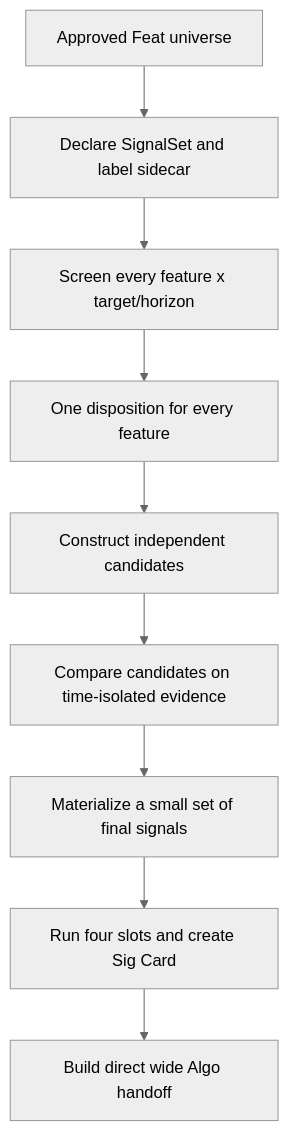
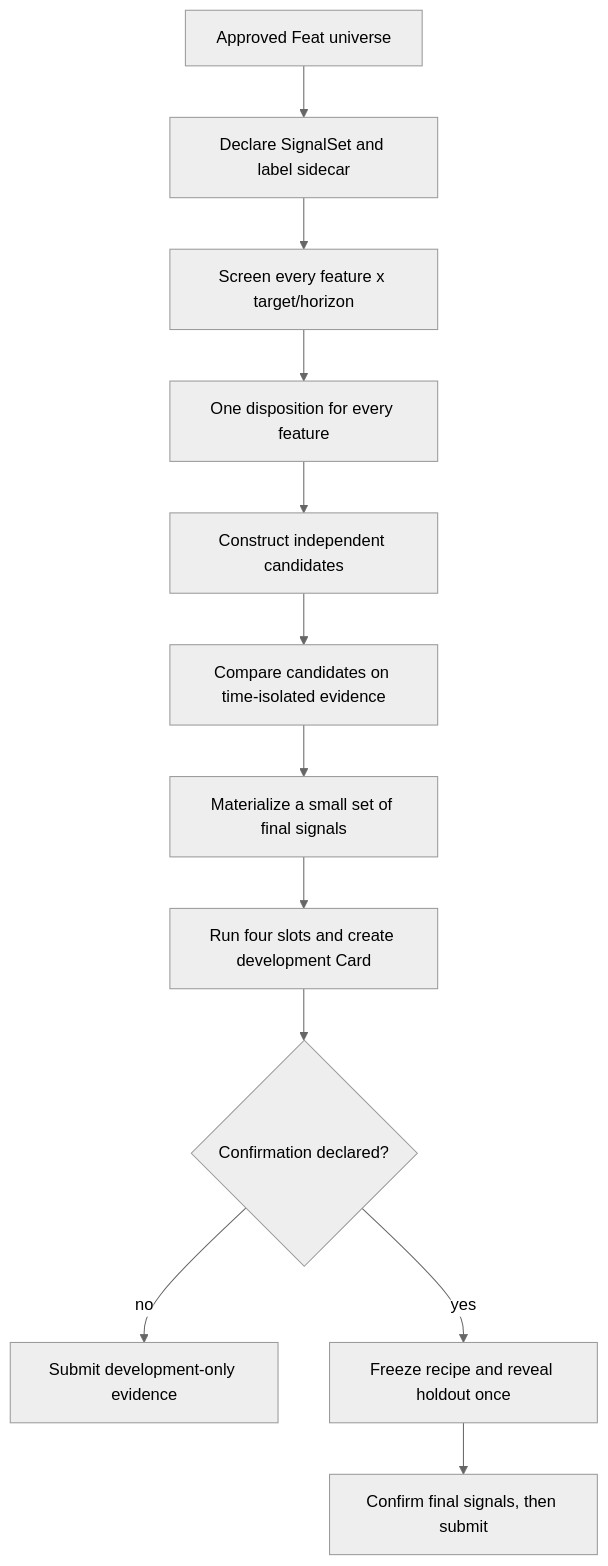
One commit to alva-ai/research-ci changed the second of 2 diagrams in docs/design.md. Above: the diagram before and after it, drawn with Mermaid (neutral theme). The commit also changed other lines of this file and 14 other files, not shown here.

Commit message:
feat(sig): freeze validation plans before confirmation (#26)

````diff
--- a/docs/design.md
+++ b/docs/design.md
@@ -457,11 +481,14 @@
 ```mermaid
 flowchart TD
     F[Approved Feat universe] --> D[Declare SignalSet and label sidecar]
     D --> S[Screen every feature x target/horizon]
     S --> P[One disposition for every feature]
     P --> C[Construct independent candidates]
     C --> E[Compare candidates on time-isolated evidence]
     E --> M[Materialize a small set of final signals]
-    M --> V[Run four slots and create Sig Card]
-    V --> H[Build direct wide Algo handoff]
+    M --> V[Run four slots and create development Card]
+    V --> Q{Confirmation declared?}
+    Q -->|no| H[Submit development-only evidence]
+    Q -->|yes| Z[Freeze recipe and reveal holdout once]
+    Z --> H2[Confirm final signals, then submit]
 ```
````
